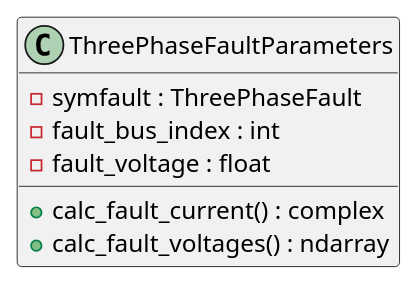
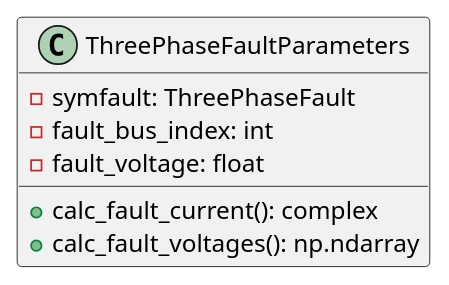
Diagram 16 of 19 in project2.plantuml (JLipnerPitt/ECE2774-ADV-POWER-SYSTEMS-ANALYSIS), drawn with PlantUML before and after one commit. The commit also changed other lines of this file and 1 other file, not shown here.

Commit message:
Updated plantuml diagrams

```diff
--- a/project2.plantuml
+++ b/project2.plantuml
@@ -285,10 +311,10 @@
 @startuml ThreePhaseFaultParameters
 class ThreePhaseFaultParameters {
-    - symfault : ThreePhaseFault
-    - fault_bus_index : int
-    - fault_voltage : float
+    - symfault: ThreePhaseFault
+    - fault_bus_index: int
+    - fault_voltage: float
 
-    + calc_fault_current() : complex
-    + calc_fault_voltages() : ndarray
+    + calc_fault_current(): complex
+    + calc_fault_voltages(): np.ndarray
 }
 @enduml
```
